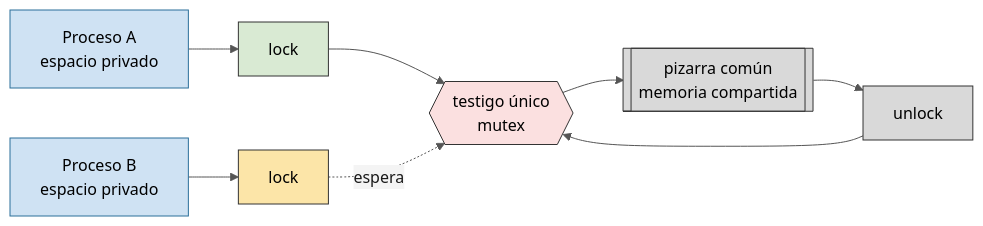
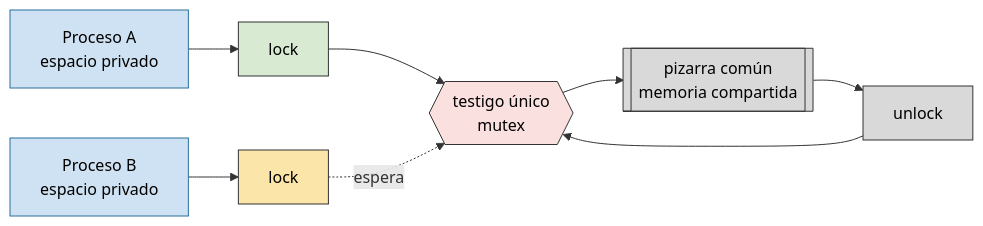
One commit to asiermarzo/ssoo changed the first of 2 diagrams in TEORIA/10-memoria-compartida-y-mutex/README.md. Above: the diagram before and after it, drawn with Mermaid. The commit also changed other lines of this file and 18 other files, not shown here.

Commit message:
limpiado diagramas mermaid, el tema negro/blanco todavía es un problema

````diff
--- a/TEORIA/10-memoria-compartida-y-mutex/README.md
+++ b/TEORIA/10-memoria-compartida-y-mutex/README.md
@@ -17,22 +17,21 @@
 ```mermaid
-%%{init: {'theme': 'base', 'themeVariables': {'background': '#ffffff', 'primaryColor': '#eef2f7', 'primaryTextColor': '#1a1a1a', 'primaryBorderColor': '#555555', 'lineColor': '#555555', 'secondaryColor': '#f4f4f4', 'tertiaryColor': '#ffffff'}}}%%
 flowchart LR
     A["Proceso A<br/>espacio privado"] --> LA[lock]
     B["Proceso B<br/>espacio privado"] --> LB[lock]
     LA --> K{{"testigo único<br/>mutex"}}
     LB -. espera .-> K
     K --> S[["pizarra común<br/>memoria compartida"]]
     S --> U[unlock]
     U --> K
 
     classDef proceso fill:#cfe2f3,stroke:#2b6f99,color:#000;
     classDef avanza fill:#d9ead3,stroke:#333,color:#000;
     classDef espera fill:#fce5a8,stroke:#333,color:#000;
     classDef mutex fill:#fbe0e0,stroke:#333,color:#000;
     classDef recurso fill:#d9d9d9,stroke:#333,color:#000;
     class A,B proceso;
     class LA avanza;
     class LB espera;
     class K mutex;
     class S,U recurso;
 ```
````
